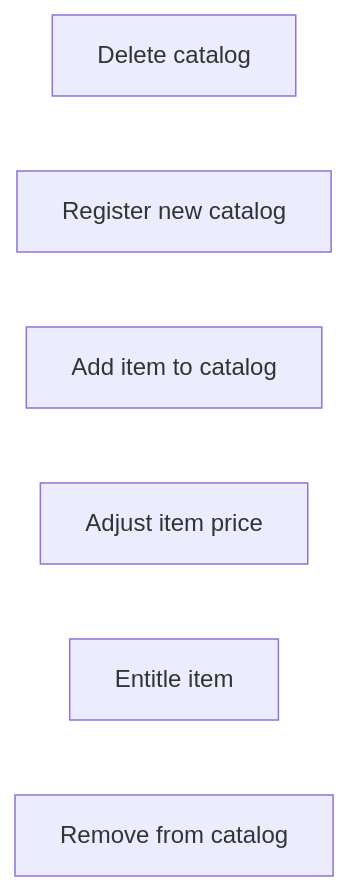
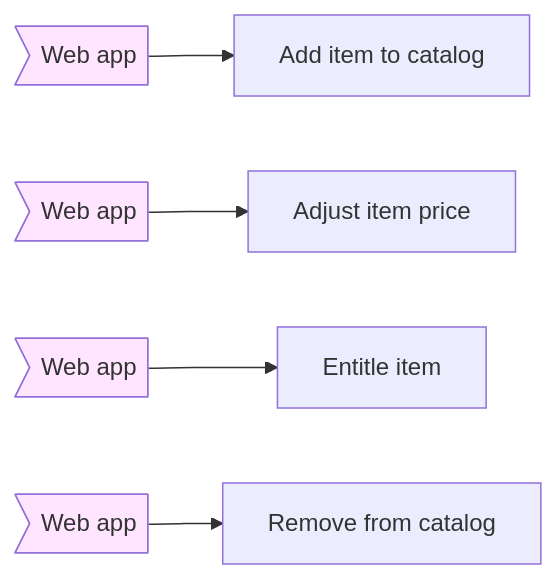
Before and after one commit to pierregillon/BoundedContextCanvasGenerator: the second of 2 diagrams in src/SolutionExample/Example/bounded_context_canvas.md, drawn with Mermaid. The commit also changed other lines of this file and 40 other files, not shown here.

Commit message:
feat: generate diagram repeting collaborators for each command

````diff
--- a/src/SolutionExample/Example/bounded_context_canvas.md
+++ b/src/SolutionExample/Example/bounded_context_canvas.md
@@ -27,9 +52,20 @@
 ```mermaid
 flowchart LR
-    CatalogApplicationCatalogDeleteCatalog["Delete catalog"]
-    CatalogApplicationCatalogRegisterNewCatalogCommand["Register new catalog"]
+    classDef collaborators fill:#FFE5FF;
     CatalogApplicationItemsAddItemToCatalogCommand["Add item to catalog"]
+    CatalogApplicationItemsAddItemToCatalogCommandWebAppCollaborator>"Web app"]
+    class CatalogApplicationItemsAddItemToCatalogCommandWebAppCollaborator collaborators;
     CatalogApplicationItemsAdjustItemPriceCommand["Adjust item price"]
+    CatalogApplicationItemsAdjustItemPriceCommandWebAppCollaborator>"Web app"]
+    class CatalogApplicationItemsAdjustItemPriceCommandWebAppCollaborator collaborators;
     CatalogApplicationItemsEntitleItemCommand["Entitle item"]
+    CatalogApplicationItemsEntitleItemCommandWebAppCollaborator>"Web app"]
+    class CatalogApplicationItemsEntitleItemCommandWebAppCollaborator collaborators;
     CatalogApplicationItemsRemoveFromCatalogCommand["Remove from catalog"]
+    CatalogApplicationItemsRemoveFromCatalogCommandWebAppCollaborator>"Web app"]
+    class CatalogApplicationItemsRemoveFromCatalogCommandWebAppCollaborator collaborators;
+    CatalogApplicationItemsAddItemToCatalogCommandWebAppCollaborator --> CatalogApplicationItemsAddItemToCatalogCommand
+    CatalogApplicationItemsAdjustItemPriceCommandWebAppCollaborator --> CatalogApplicationItemsAdjustItemPriceCommand
+    CatalogApplicationItemsEntitleItemCommandWebAppCollaborator --> CatalogApplicationItemsEntitleItemCommand
+    CatalogApplicationItemsRemoveFromCatalogCommandWebAppCollaborator --> CatalogApplicationItemsRemoveFromCatalogCommand
 ```
````
